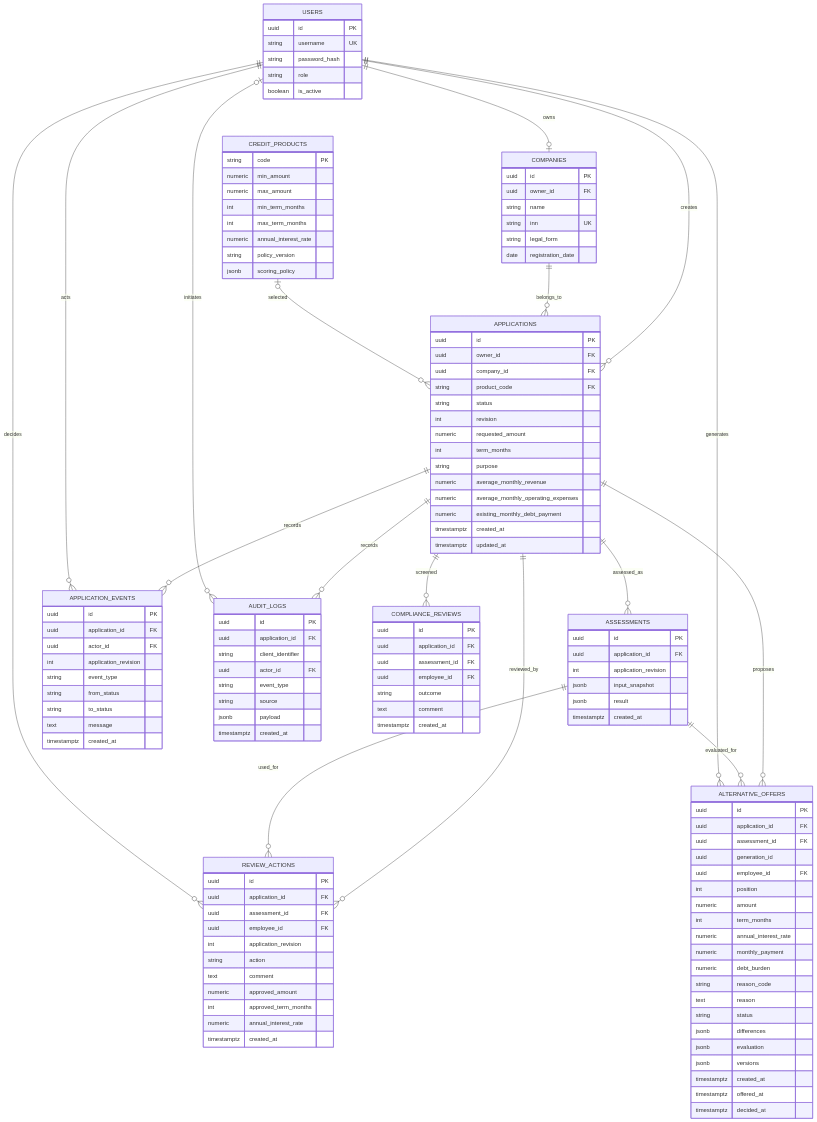
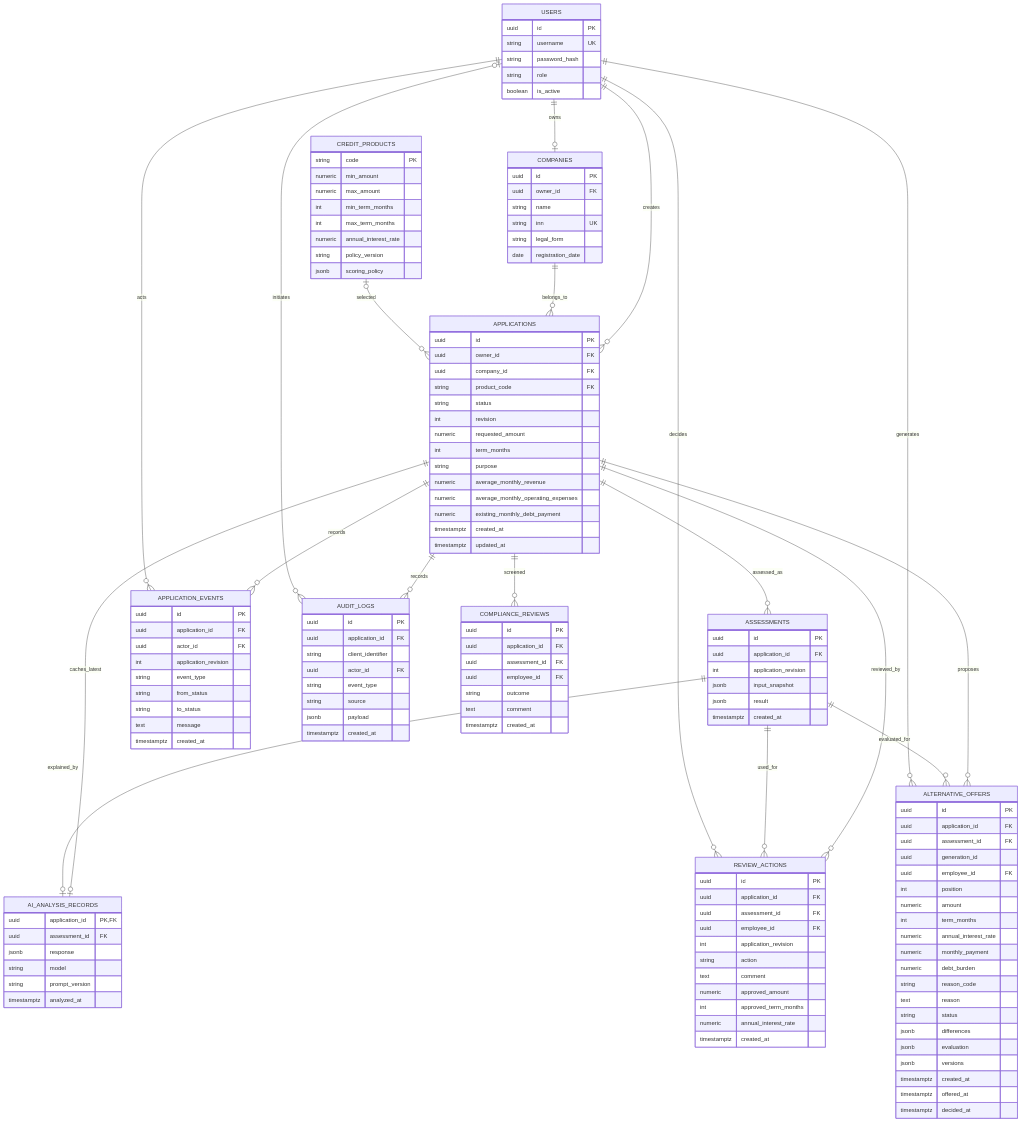
The second of 2 diagrams in backend/docs/architecture.md (ttsbtw/McDonald_AlfaHackathon), drawn with Mermaid before and after one commit. The commit also changed other lines of this file and 3 other files, not shown here.

```diff
--- a/backend/docs/architecture.md
+++ b/backend/docs/architecture.md
@@ -31,11 +33,13 @@
     APPLICATIONS ||--o{ ASSESSMENTS : assessed_as
     APPLICATIONS ||--o{ APPLICATION_EVENTS : records
     APPLICATIONS ||--o{ AUDIT_LOGS : records
+    APPLICATIONS ||--o| AI_ANALYSIS_RECORDS : caches_latest
     APPLICATIONS ||--o{ COMPLIANCE_REVIEWS : screened
     APPLICATIONS ||--o{ REVIEW_ACTIONS : reviewed_by
     APPLICATIONS ||--o{ ALTERNATIVE_OFFERS : proposes
     ASSESSMENTS ||--o{ REVIEW_ACTIONS : used_for
     ASSESSMENTS ||--o{ ALTERNATIVE_OFFERS : evaluated_for
+    ASSESSMENTS ||--o| AI_ANALYSIS_RECORDS : explained_by
     USERS ||--o{ REVIEW_ACTIONS : decides
     USERS ||--o{ ALTERNATIVE_OFFERS : generates
     USERS ||--o{ APPLICATION_EVENTS : acts
@@ -88,6 +92,14 @@
         jsonb input_snapshot
         jsonb result
         timestamptz created_at
+    }
+    AI_ANALYSIS_RECORDS {
+        uuid application_id PK, FK
+        uuid assessment_id FK
+        jsonb response
+        string model
+        string prompt_version
+        timestamptz analyzed_at
     }
     APPLICATION_EVENTS {
         uuid id PK
```
